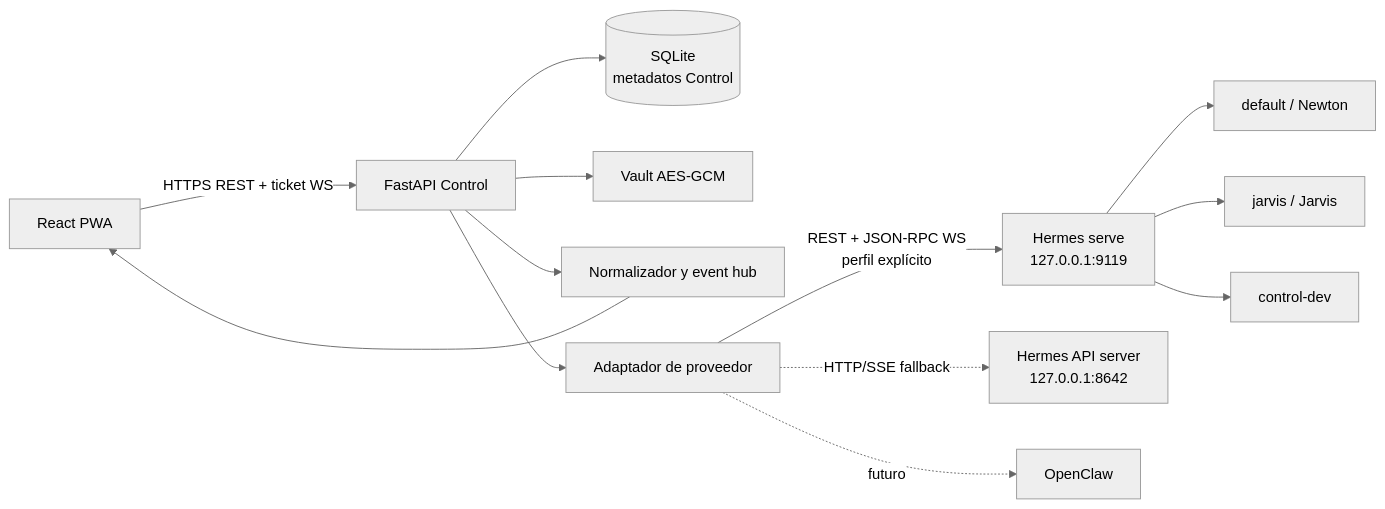
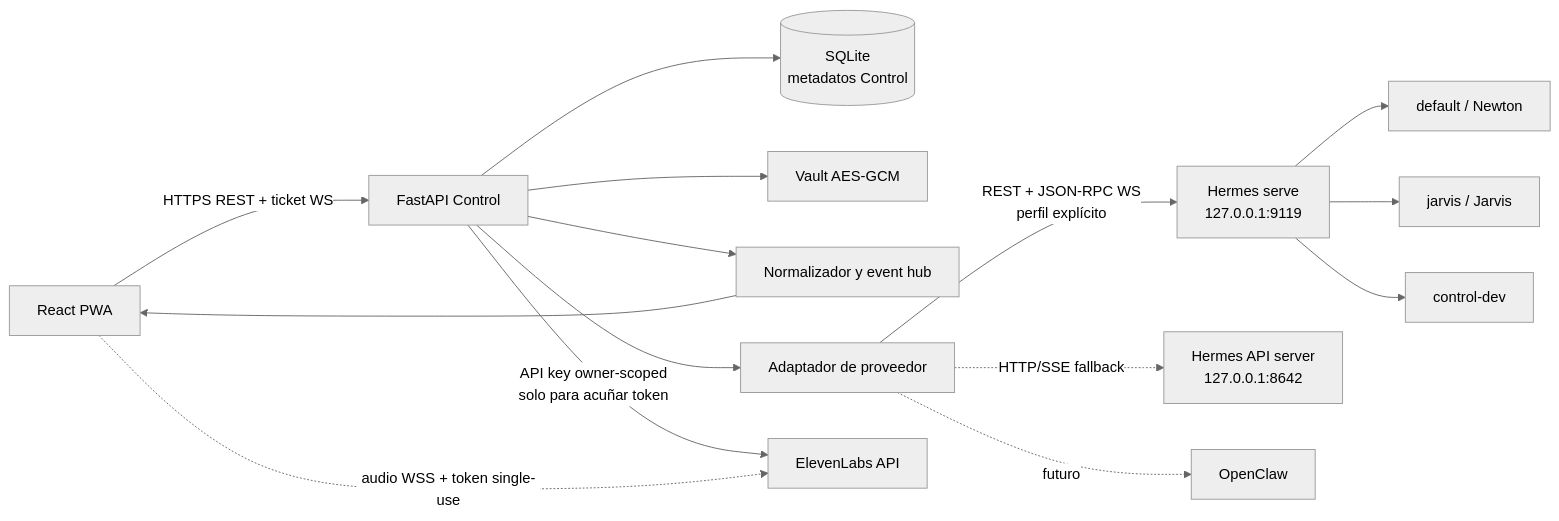
One commit to jrterven/agent-control changed the first of 4 diagrams in docs/architecture.md. Above: the diagram before and after it, drawn with Mermaid (neutral theme). The commit also changed other lines of this file and 51 other files, not shown here.

````diff
--- a/docs/architecture.md
+++ b/docs/architecture.md
@@ -10,15 +19,17 @@
 ```mermaid
 flowchart LR
     B[React PWA] -->|HTTPS REST + ticket WS| C[FastAPI Control]
     C --> A[(SQLite\nmetadatos Control)]
     C --> V[Vault AES-GCM]
     C --> E[Normalizador y event hub]
     E --> B
     C --> PA[Adaptador de proveedor]
+    C -->|API key owner-scoped\nsolo para acuñar token| STT[ElevenLabs API]
+    B -.->|audio WSS + token single-use| STT
     PA -->|REST + JSON-RPC WS\nperfil explícito| H[Hermes serve\n127.0.0.1:9119]
     PA -.->|HTTP/SSE fallback| F[Hermes API server\n127.0.0.1:8642]
     PA -. futuro .-> O[OpenClaw]
     H --> N[default / Newton]
     H --> J[jarvis / Jarvis]
     H --> D[control-dev]
 ```
````
